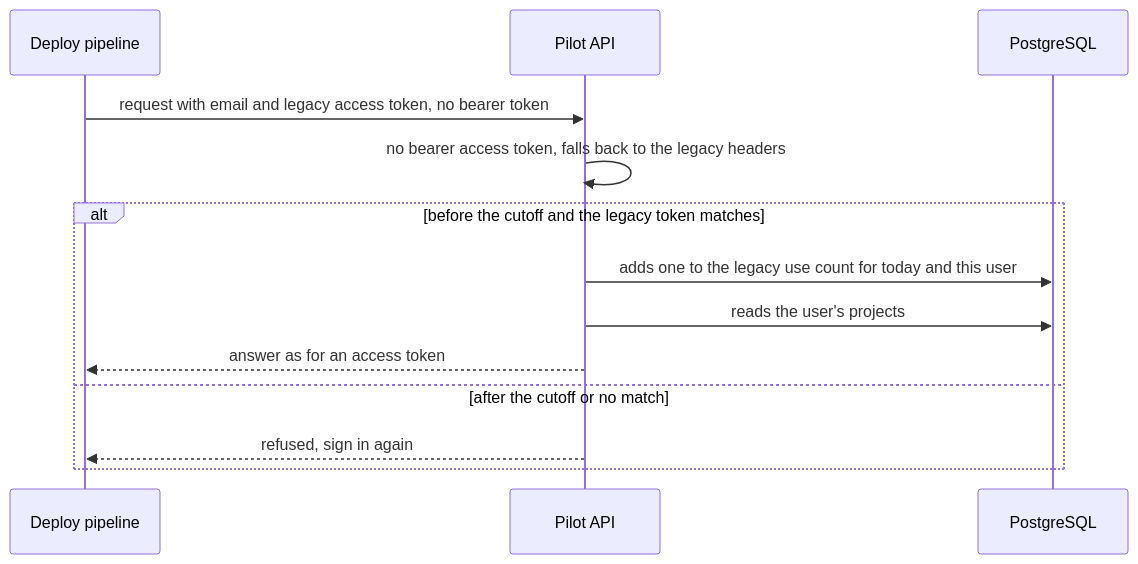
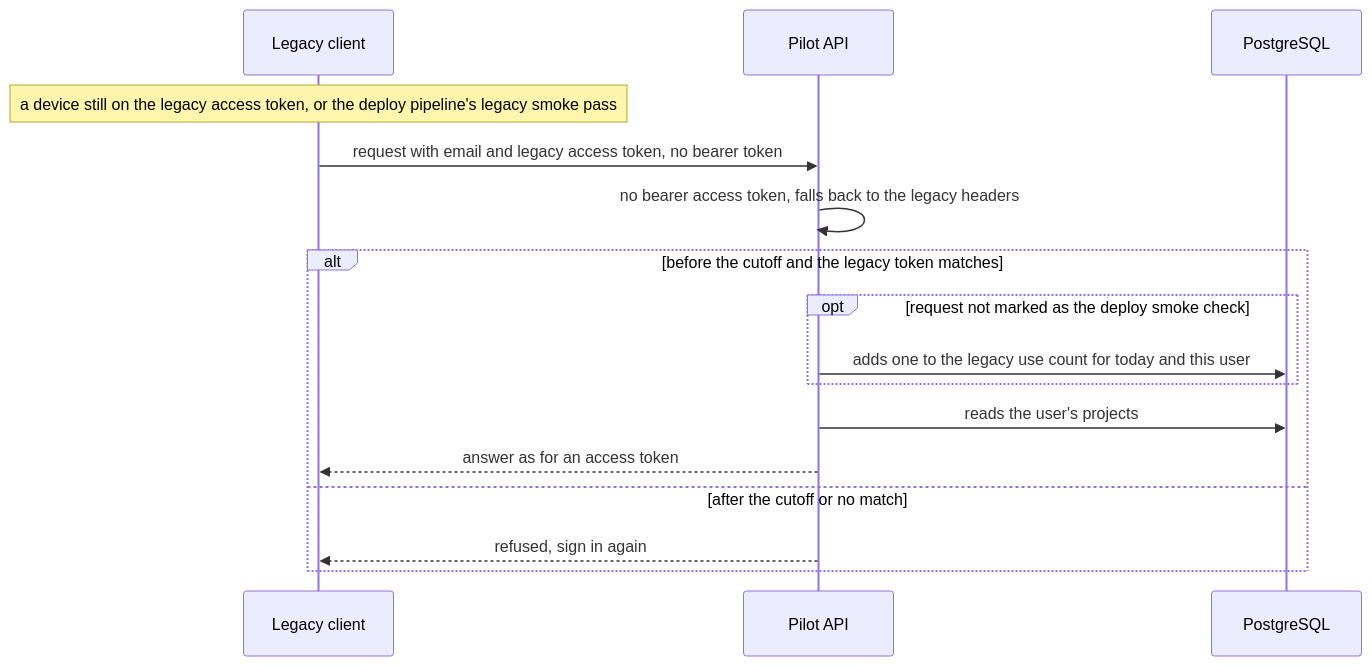
Before and after one commit to OlegShevtsov1/1_mvp_pilot_fe: the fifth of 14 diagrams in docs/features/todolist/sad.md, drawn with Mermaid. The commit also changed other lines of this file and 155 other files, not shown here.

````diff
--- a/docs/features/todolist/sad.md
+++ b/docs/features/todolist/sad.md
@@ -297,15 +308,18 @@
 ```mermaid
 sequenceDiagram
-    participant C as Deploy pipeline
+    participant C as Legacy client
     participant API as Pilot API
     participant PG as PostgreSQL
+    Note over C: a device still on the legacy access token, or the deploy pipeline's legacy smoke pass
     C->>API: request with email and legacy access token, no bearer token
     API->>API: no bearer access token, falls back to the legacy headers
     alt before the cutoff and the legacy token matches
-        API->>PG: adds one to the legacy use count for today and this user
+        opt request not marked as the deploy smoke check
+            API->>PG: adds one to the legacy use count for today and this user
+        end
         API->>PG: reads the user's projects
         API-->>C: answer as for an access token
     else after the cutoff or no match
         API-->>C: refused, sign in again
     end
 ```
````
